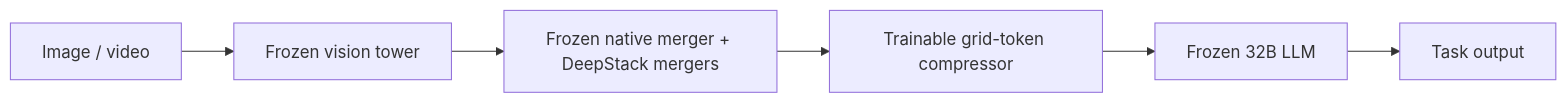
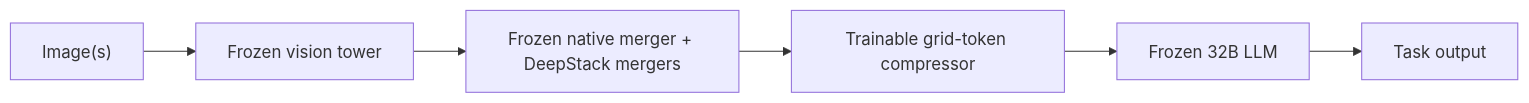
One commit to XintongYang1010/pre_prefill_compressor_sft changed the diagram in README.md. Above: the diagram before and after it, drawn with Mermaid. The commit also changed 6 other files, not shown here.

````diff
--- a/README.md
+++ b/README.md
@@ -19,8 +19,8 @@
 ```mermaid
 flowchart LR
-    I["Image / video"] --> V["Frozen vision tower"]
+    I["Image(s)"] --> V["Frozen vision tower"]
     V --> M["Frozen native merger + DeepStack mergers"]
     M --> C["Trainable grid-token compressor"]
     C --> L["Frozen 32B LLM"]
     L --> O["Task output"]
 ```
````
